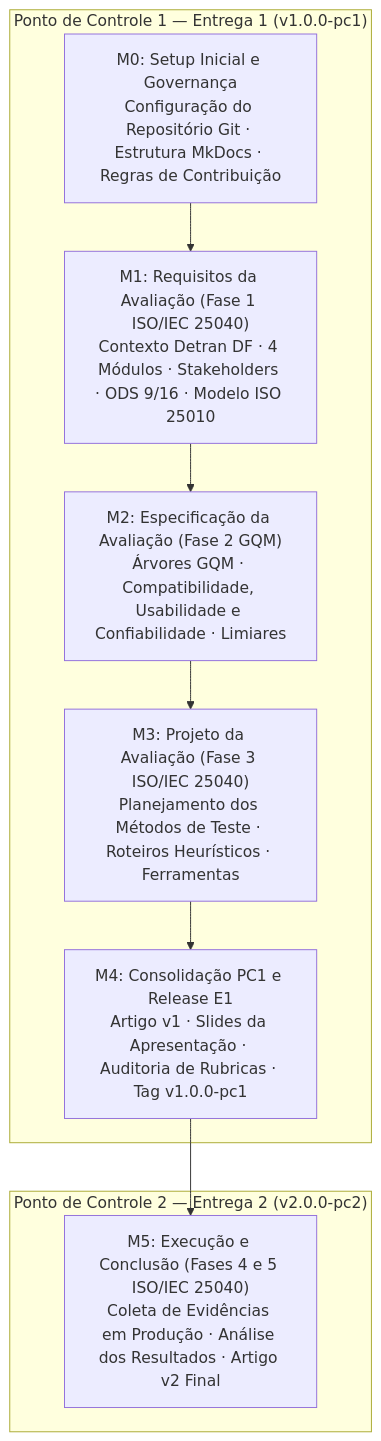
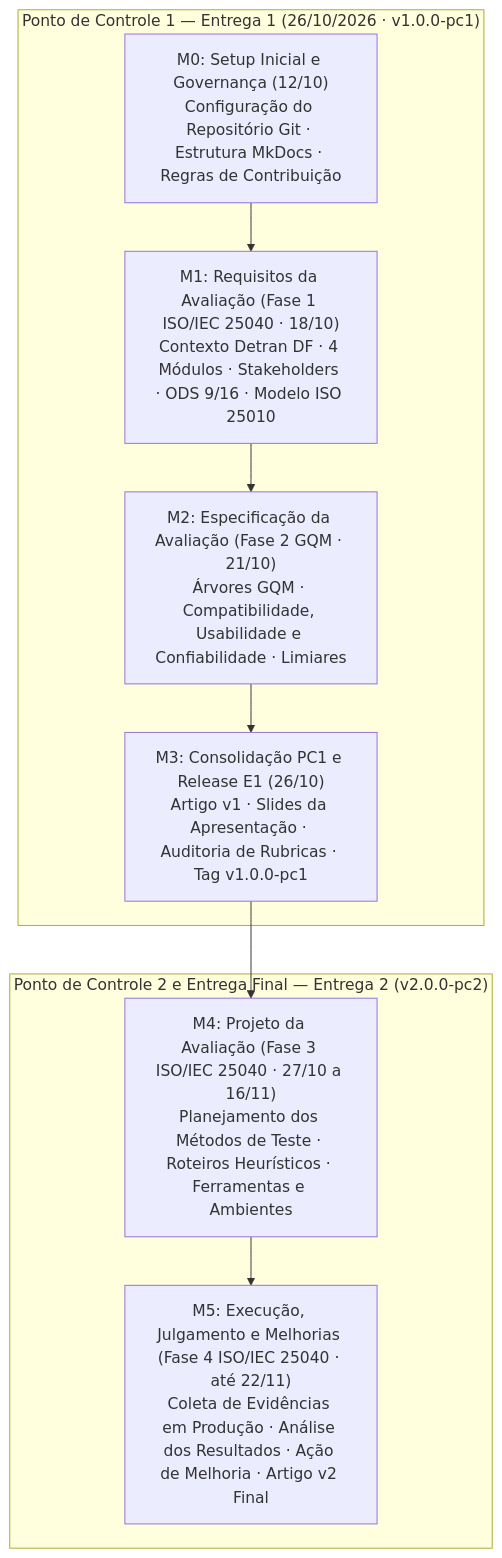
One commit to FCTE-Qualidade-de-Software-1/2026-2_T02_KAY_MCNULTY changed the third of 6 diagrams in docs/gestao/metricas-psm.md. Above: the diagram before and after it, drawn with Mermaid. The commit also changed other lines of this file and 2 other files, not shown here.

First line of the commit message:
docs(psm): alinha marcos M0-M5 com fases oficiais e entregas do edital

````diff
--- a/docs/gestao/metricas-psm.md
+++ b/docs/gestao/metricas-psm.md
@@ -64,15 +64,16 @@
 ```mermaid
 flowchart TD
-    subgraph PC1["Ponto de Controle 1 — Entrega 1 (v1.0.0-pc1)"]
-        M0["M0: Setup Inicial e Governança<br/>Configuração do Repositório Git · Estrutura MkDocs · Regras de Contribuição"]
-        M1["M1: Requisitos da Avaliação (Fase 1 ISO/IEC 25040)<br/>Contexto Detran DF · 4 Módulos · Stakeholders · ODS 9/16 · Modelo ISO 25010"]
-        M2["M2: Especificação da Avaliação (Fase 2 GQM)<br/>Árvores GQM · Compatibilidade, Usabilidade e Confiabilidade · Limiares"]
-        M3["M3: Projeto da Avaliação (Fase 3 ISO/IEC 25040)<br/>Planejamento dos Métodos de Teste · Roteiros Heurísticos · Ferramentas"]
-        M4["M4: Consolidação PC1 e Release E1<br/>Artigo v1 · Slides da Apresentação · Auditoria de Rubricas · Tag v1.0.0-pc1"]
-        M0 --> M1 --> M2 --> M3 --> M4
+    subgraph PC1["Ponto de Controle 1 — Entrega 1 (26/10/2026 · v1.0.0-pc1)"]
+        M0["M0: Setup Inicial e Governança (12/10)<br/>Configuração do Repositório Git · Estrutura MkDocs · Regras de Contribuição"]
+        M1["M1: Requisitos da Avaliação (Fase 1 ISO/IEC 25040 · 18/10)<br/>Contexto Detran DF · 4 Módulos · Stakeholders · ODS 9/16 · Modelo ISO 25010"]
+        M2["M2: Especificação da Avaliação (Fase 2 GQM · 21/10)<br/>Árvores GQM · Compatibilidade, Usabilidade e Confiabilidade · Limiares"]
+        M3["M3: Consolidação PC1 e Release E1 (26/10)<br/>Artigo v1 · Slides da Apresentação · Auditoria de Rubricas · Tag v1.0.0-pc1"]
+        M0 --> M1 --> M2 --> M3
     end
-    subgraph PC2["Ponto de Controle 2 — Entrega 2 (v2.0.0-pc2)"]
-        M5["M5: Execução e Conclusão (Fases 4 e 5 ISO/IEC 25040)<br/>Coleta de Evidências em Produção · Análise dos Resultados · Artigo v2 Final"]
+    subgraph PC2["Ponto de Controle 2 e Entrega Final — Entrega 2 (v2.0.0-pc2)"]
+        M4["M4: Projeto da Avaliação (Fase 3 ISO/IEC 25040 · 27/10 a 16/11)<br/>Planejamento dos Métodos de Teste · Roteiros Heurísticos · Ferramentas e Ambientes"]
+        M5["M5: Execução, Julgamento e Melhorias (Fase 4 ISO/IEC 25040 · até 22/11)<br/>Coleta de Evidências em Produção · Análise dos Resultados · Ação de Melhoria · Artigo v2 Final"]
+        M4 --> M5
     end
-    M4 --> M5
+    M3 --> M4
 ```
````
